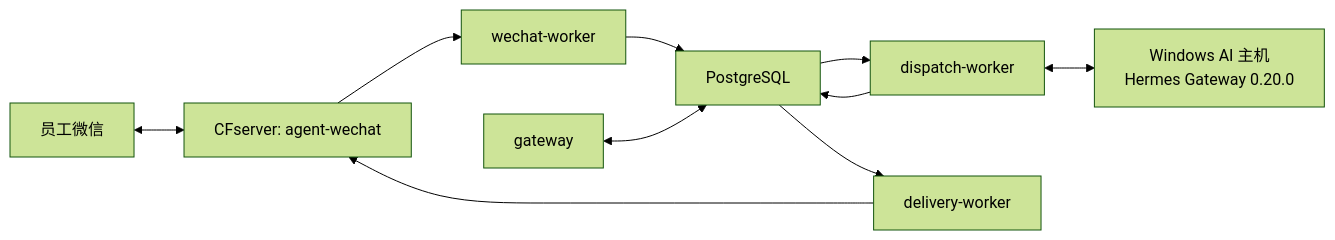
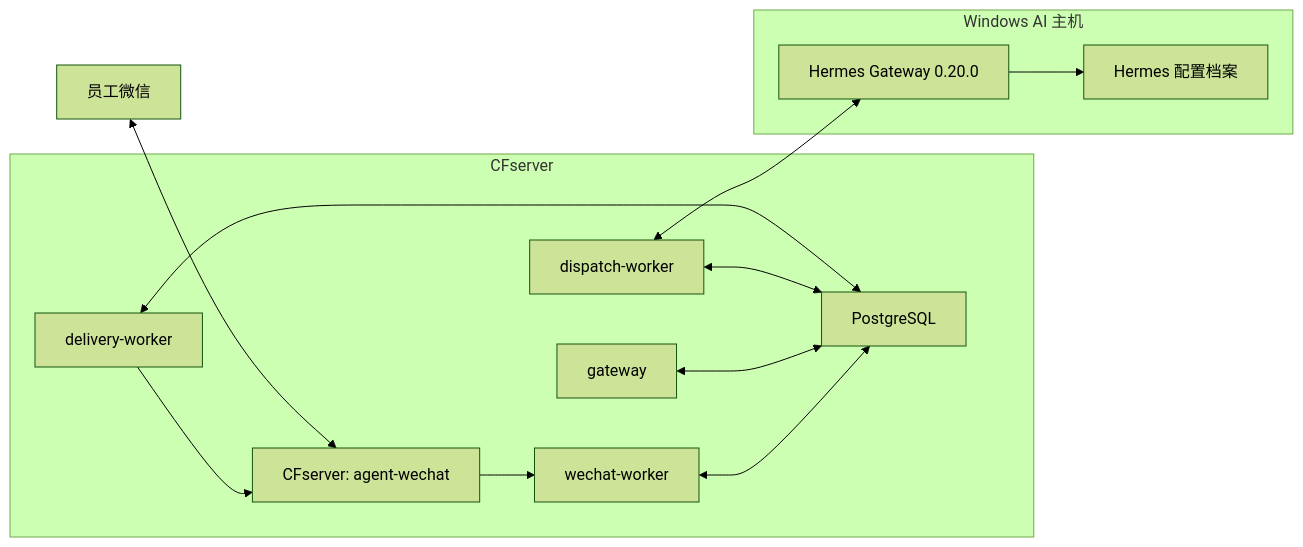
The first of 4 diagrams in architecture/wechat-hermes-integration.md (Tangbohu09527/CF_ecommerce-automation-docs), drawn with Mermaid (forest theme) before and after one commit. The commit also changed other lines of this file and 16 other files, not shown here.

````diff
--- a/architecture/wechat-hermes-integration.md
+++ b/architecture/wechat-hermes-integration.md
@@ -11,12 +11,25 @@
 ```mermaid
 flowchart LR
-    E["员工微信"] <--> AW["CFserver: agent-wechat"]
-    AW --> WW["wechat-worker"]
-    WW --> PG["PostgreSQL"]
-    G["gateway"] <--> PG
-    PG --> DW["dispatch-worker"]
-    DW <--> H["Windows AI 主机<br/>Hermes Gateway 0.20.0"]
-    DW --> PG
-    PG --> DLW["delivery-worker"]
-    DLW --> AW
+    E["员工微信"]
+    subgraph CFS["CFserver"]
+        AW["CFserver: agent-wechat"]
+        WW["wechat-worker"]
+        PG["PostgreSQL"]
+        API["gateway"]
+        DW["dispatch-worker"]
+        DLW["delivery-worker"]
+        WW <--> PG
+        API <--> PG
+        DW <--> PG
+        DLW <--> PG
+        DLW --> AW
+    end
+    subgraph AI["Windows AI 主机"]
+        H["Hermes Gateway 0.20.0"]
+        HP["Hermes 配置档案"]
+        H --> HP
+    end
+    E <--> AW
+    AW --> WW
+    DW <--> H
 ```
````
